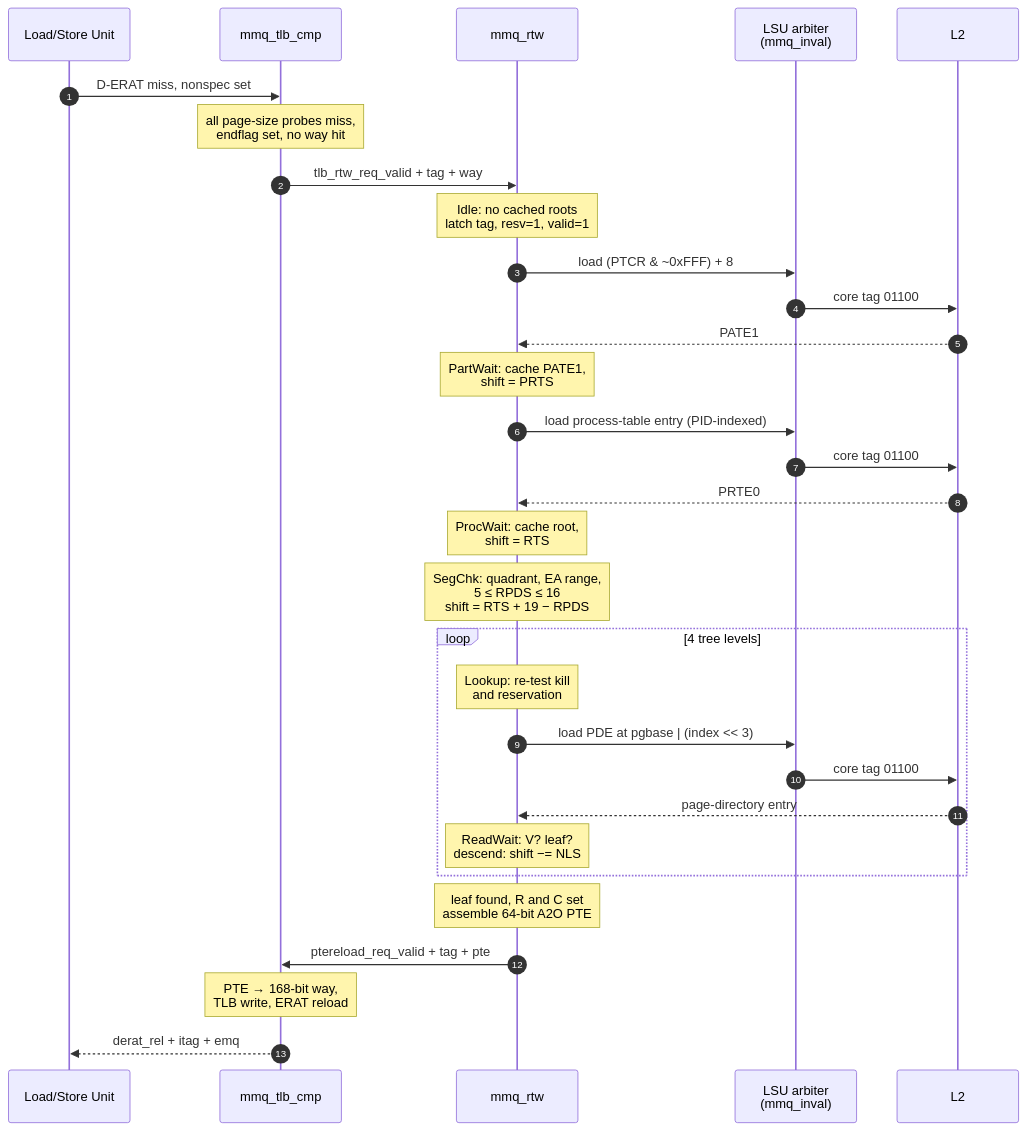
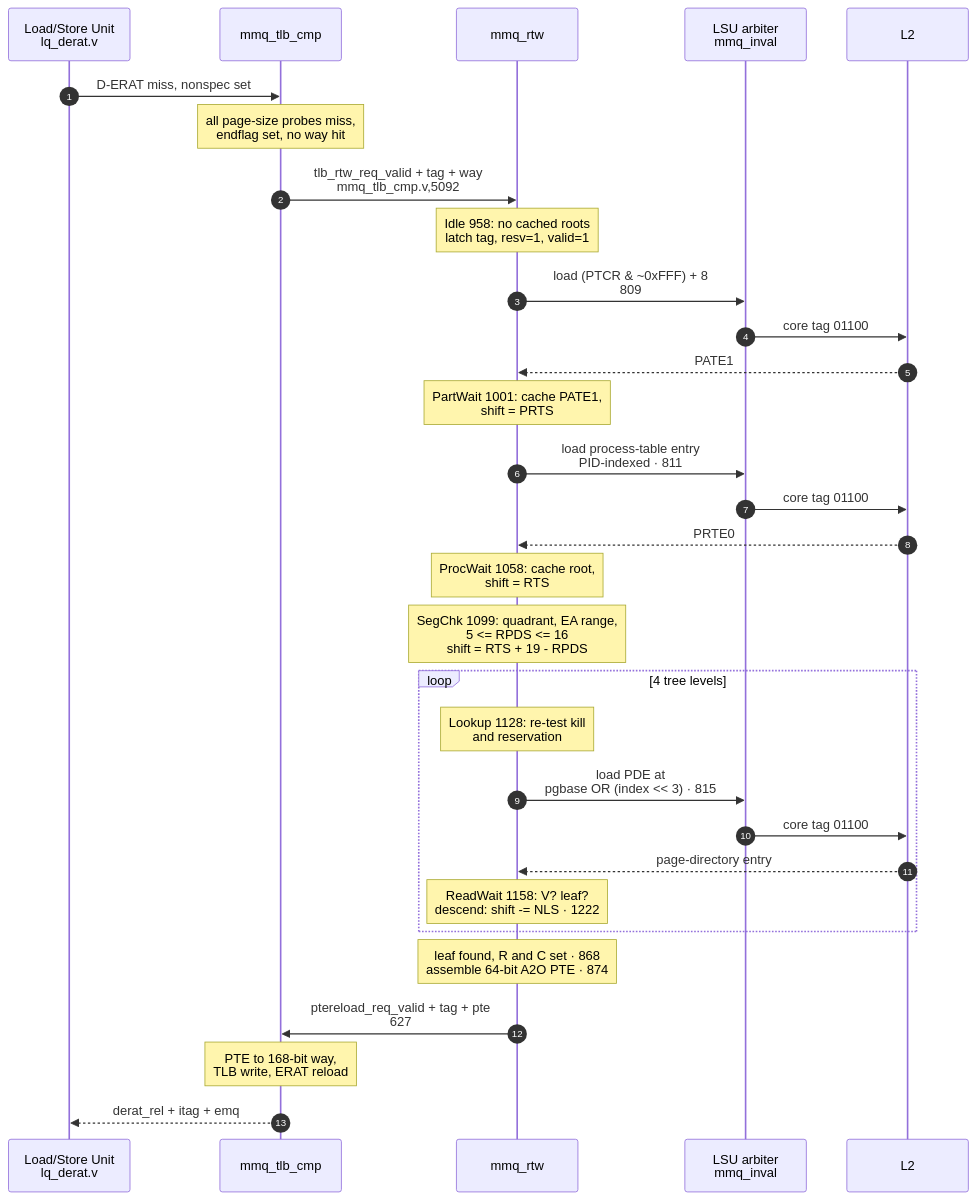
The third of 3 diagrams in docs/MMU_a2o_new/02-fsm.md (ARX-0/Microwatt_MMU), drawn with Mermaid before and after one commit. The commit also changed other lines of this file, not shown here.

First line of the commit message:
Split the FSM diagram in two and add code references

````diff
--- a/docs/MMU_a2o_new/02-fsm.md
+++ b/docs/MMU_a2o_new/02-fsm.md
@@ -121,40 +164,40 @@
 ```mermaid
 sequenceDiagram
     autonumber
-    participant LSU as Load/Store Unit
+    participant LSU as Load/Store Unit<br/>lq_derat.v
     participant CMP as mmq_tlb_cmp
     participant RTW as mmq_rtw
-    participant ARB as LSU arbiter<br/>(mmq_inval)
+    participant ARB as LSU arbiter<br/>mmq_inval
     participant L2
 
     LSU->>CMP: D-ERAT miss, nonspec set
     Note over CMP: all page-size probes miss,<br/>endflag set, no way hit
-    CMP->>RTW: tlb_rtw_req_valid + tag + way
+    CMP->>RTW: tlb_rtw_req_valid + tag + way<br/>mmq_tlb_cmp.v,5092
 
-    Note over RTW: Idle: no cached roots<br/>latch tag, resv=1, valid=1
+    Note over RTW: Idle 958: no cached roots<br/>latch tag, resv=1, valid=1
 
-    RTW->>ARB: load (PTCR & ~0xFFF) + 8
+    RTW->>ARB: load (PTCR & ~0xFFF) + 8<br/>809
     ARB->>L2: core tag 01100
     L2-->>RTW: PATE1
-    Note over RTW: PartWait: cache PATE1,<br/>shift = PRTS
+    Note over RTW: PartWait 1001: cache PATE1,<br/>shift = PRTS
 
-    RTW->>ARB: load process-table entry (PID-indexed)
+    RTW->>ARB: load process-table entry<br/>PID-indexed · 811
     ARB->>L2: core tag 01100
     L2-->>RTW: PRTE0
-    Note over RTW: ProcWait: cache root,<br/>shift = RTS
+    Note over RTW: ProcWait 1058: cache root,<br/>shift = RTS
 
-    Note over RTW: SegChk: quadrant, EA range,<br/>5 ≤ RPDS ≤ 16<br/>shift = RTS + 19 − RPDS
+    Note over RTW: SegChk 1099: quadrant, EA range,<br/>5 <= RPDS <= 16<br/>shift = RTS + 19 - RPDS
 
     loop 4 tree levels
-        Note over RTW: Lookup: re-test kill<br/>and reservation
-        RTW->>ARB: load PDE at pgbase | (index << 3)
+        Note over RTW: Lookup 1128: re-test kill<br/>and reservation
+        RTW->>ARB: load PDE at<br/>pgbase OR (index << 3) · 815
         ARB->>L2: core tag 01100
         L2-->>RTW: page-directory entry
-        Note over RTW: ReadWait: V? leaf?<br/>descend: shift −= NLS
+        Note over RTW: ReadWait 1158: V? leaf?<br/>descend: shift -= NLS · 1222
     end
 
-    Note over RTW: leaf found, R and C set<br/>assemble 64-bit A2O PTE
-    RTW->>CMP: ptereload_req_valid + tag + pte
-    Note over CMP: PTE → 168-bit way,<br/>TLB write, ERAT reload
+    Note over RTW: leaf found, R and C set · 868<br/>assemble 64-bit A2O PTE · 874
+    RTW->>CMP: ptereload_req_valid + tag + pte<br/>627
+    Note over CMP: PTE to 168-bit way,<br/>TLB write, ERAT reload
     CMP-->>LSU: derat_rel + itag + emq
 ```
````
